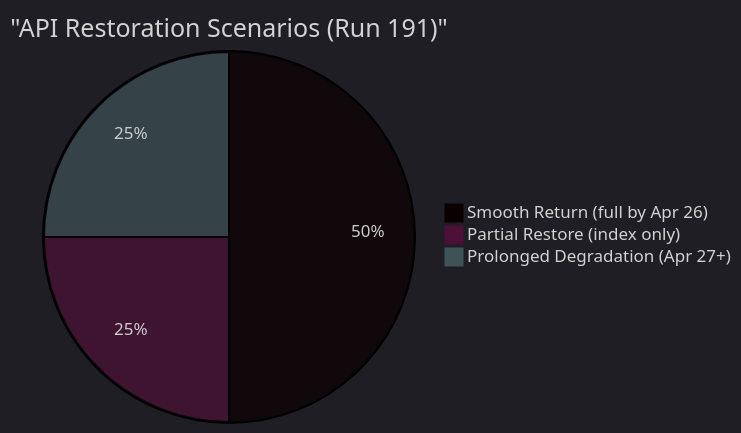
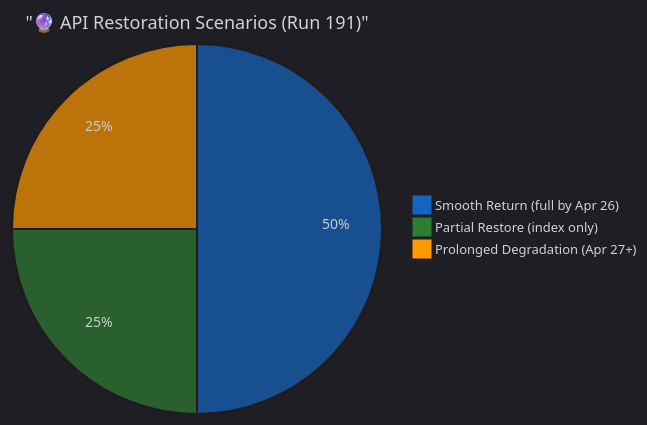
The diagram in analysis/daily/2026-04-20/breaking-run191/intelligence/synthesis-summary.md (Hack23/euparliamentmonitor), drawn with Mermaid before and after one commit. The commit also changed other lines of this file and 19 other files, not shown here.

````diff
--- a/analysis/daily/2026-04-20/breaking-run191/intelligence/synthesis-summary.md
+++ b/analysis/daily/2026-04-20/breaking-run191/intelligence/synthesis-summary.md
@@ -75,7 +75,7 @@
 ```mermaid
-%%{init: {"theme": "dark"}}%%
-pie title "API Restoration Scenarios (Run 191)"
+%%{init: {"theme":"dark","themeVariables":{"primaryColor":"#1565C0","primaryTextColor":"#ffffff","primaryBorderColor":"#0A3F7F","lineColor":"#90CAF9","secondaryColor":"#2E7D32","secondaryTextColor":"#ffffff","tertiaryColor":"#FF9800","fontFamily":"Inter, Helvetica, Arial, sans-serif","pie1":"#1565C0","pie2":"#2E7D32","pie3":"#FF9800","pie4":"#D32F2F","pie5":"#FFC107","pie6":"#7B1FA2","pieTitleTextSize":"18px","pieSectionTextSize":"14px","pieLegendTextSize":"13px","pieStrokeColor":"#1e1e1e","pieOuterStrokeColor":"#1e1e1e"}}}%%
+pie title "🔮 API Restoration Scenarios (Run 191)"
     "Smooth Return (full by Apr 26)" : 50
     "Partial Restore (index only)" : 25
     "Prolonged Degradation (Apr 27+)" : 25
 ```
````
